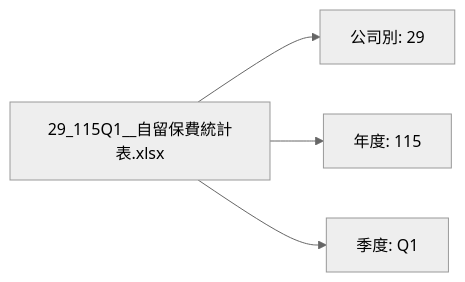
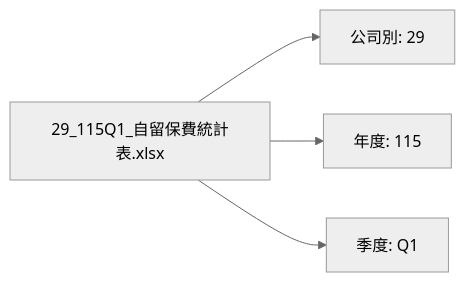
The first of 5 diagrams in docs/07-輸入輸出規格.md (seawaterfoods/retained-premium-report-transformer), drawn with Mermaid (neutral theme) before and after one commit. The commit also changed other lines of this file and 5 other files, not shown here.

````diff
--- a/docs/07-輸入輸出規格.md
+++ b/docs/07-輸入輸出規格.md
@@ -15,7 +15,7 @@
 ```mermaid
 graph LR
-    FN["29_115Q1__自留保費統計表.xlsx"]
+    FN["29_115Q1_自留保費統計表.xlsx"]
     FN --> C["公司別: 29"]
     FN --> Y["年度: 115"]
     FN --> Q["季度: Q1"]
 ```
````
